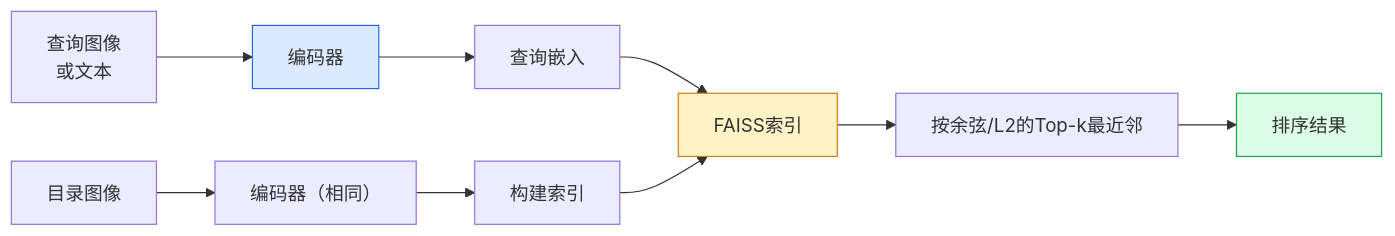
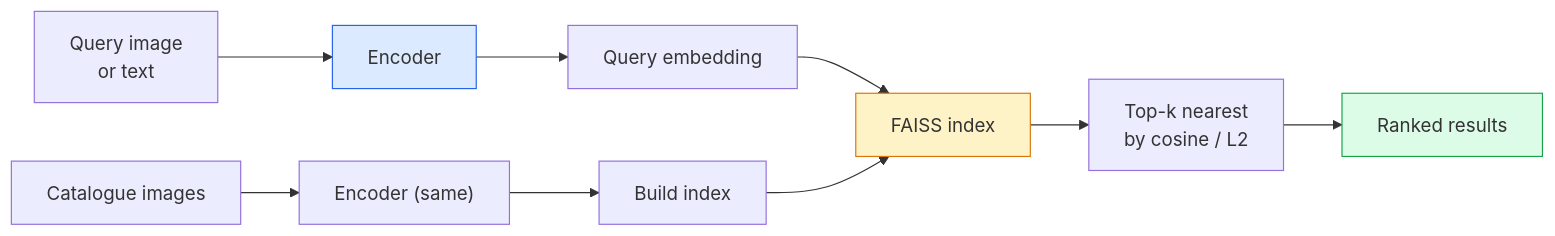
The diagram in i18n/zh/phases/04-computer-vision/20-image-retrieval-metric/docs/zh.md (xiaojiaenen/ai-engineering-from-scratch-zh), drawn with Mermaid before and after one commit. The commit also changed other lines of this file and 28 other files, not shown here.

````diff
--- a/i18n/zh/phases/04-computer-vision/20-image-retrieval-metric/docs/zh.md
+++ b/i18n/zh/phases/04-computer-vision/20-image-retrieval-metric/docs/zh.md
@@ -29,14 +29,14 @@
 ```mermaid
 flowchart LR
-    Q["查询图像<br/>或文本"] --> ENC["编码器"]
-    ENC --> EMB["查询嵌入"]
-    EMB --> IDX["FAISS索引"]
-    CAT["目录图像"] --> ENC2["编码器（相同）"] --> IDX_BUILD["构建索引"]
+    Q["Query image<br/>or text"] --> ENC["Encoder"]
+    ENC --> EMB["Query embedding"]
+    EMB --> IDX["FAISS index"]
+    CAT["Catalogue images"] --> ENC2["Encoder (same)"] --> IDX_BUILD["Build index"]
     IDX_BUILD --> IDX
-    IDX --> RANK["按余弦/L2的Top-k最近邻"]
-    RANK --> OUT["排序结果"]
+    IDX --> RANK["Top-k nearest<br/>by cosine / L2"]
+    RANK --> OUT["Ranked results"]
 
     style ENC fill:#dbeafe,stroke:#2563eb
     style IDX fill:#fef3c7,stroke:#d97706
     style OUT fill:#dcfce7,stroke:#16a34a
 ```
````
